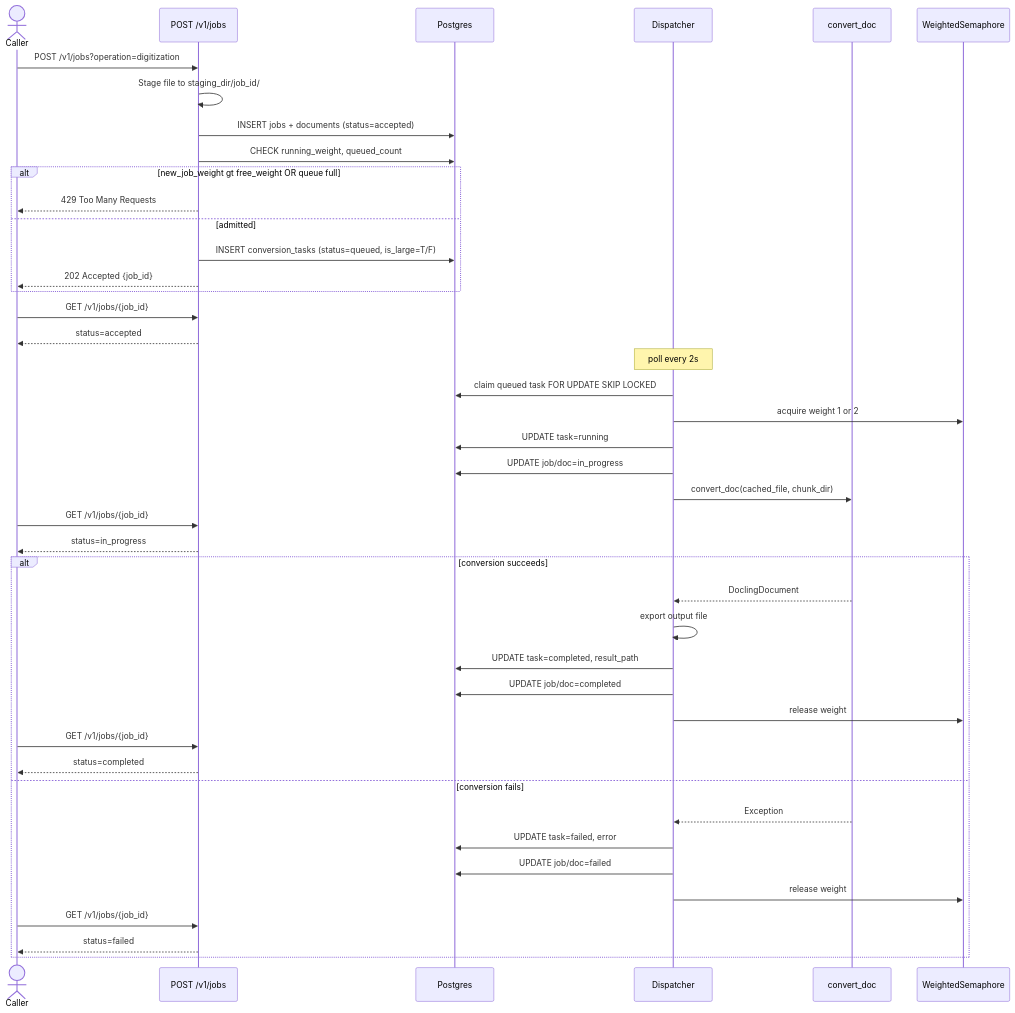
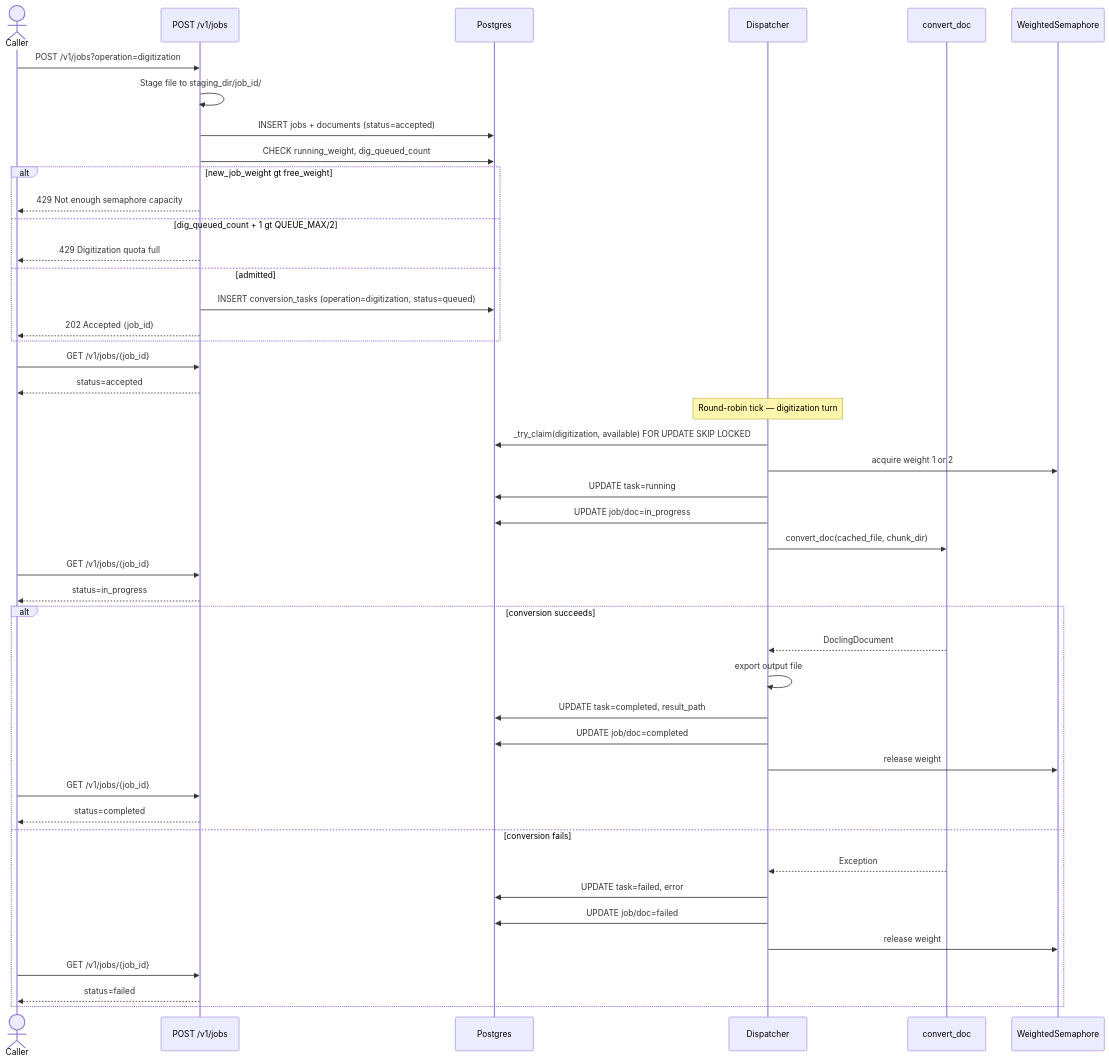
Before and after one commit to IBM/project-ai-services: the second of 6 diagrams in docs/proposals/docling_conversion_queue.md, drawn with Mermaid. The commit also changed other lines of this file, not shown here.

Commit message:
Update proposal with operation based quota logic for fair scheduling

````diff
--- a/docs/proposals/docling_conversion_queue.md
+++ b/docs/proposals/docling_conversion_queue.md
@@ -623,50 +670,52 @@
 ```mermaid
 sequenceDiagram
     actor C as Caller
     participant API as POST /v1/jobs
     participant DB as Postgres
     participant D as Dispatcher
     participant W as convert_doc
     participant S as WeightedSemaphore
 
     C->>API: POST /v1/jobs?operation=digitization
     API->>API: Stage file to staging_dir/job_id/
     API->>DB: INSERT jobs + documents (status=accepted)
-    API->>DB: CHECK running_weight, queued_count
-    alt new_job_weight gt free_weight OR queue full
-        API-->>C: 429 Too Many Requests
+    API->>DB: CHECK running_weight, dig_queued_count
+    alt new_job_weight gt free_weight
+        API-->>C: 429 Not enough semaphore capacity
+    else dig_queued_count + 1 gt QUEUE_MAX/2
+        API-->>C: 429 Digitization quota full
     else admitted
-        API->>DB: INSERT conversion_tasks (status=queued, is_large=T/F)
+        API->>DB: INSERT conversion_tasks (operation=digitization, status=queued)
         API-->>C: 202 Accepted {job_id}
     end
 
     C->>API: GET /v1/jobs/{job_id}
     API-->>C: status=accepted
 
-    Note over D: poll every 2s
-    D->>DB: claim queued task FOR UPDATE SKIP LOCKED
+    Note over D: Round-robin tick — digitization turn
+    D->>DB: _try_claim(digitization, available) FOR UPDATE SKIP LOCKED
     D->>S: acquire weight 1 or 2
     D->>DB: UPDATE task=running
     D->>DB: UPDATE job/doc=in_progress
     D->>W: convert_doc(cached_file, chunk_dir)
 
     C->>API: GET /v1/jobs/{job_id}
     API-->>C: status=in_progress
 
     alt conversion succeeds
         W-->>D: DoclingDocument
         D->>D: export output file
         D->>DB: UPDATE task=completed, result_path
         D->>DB: UPDATE job/doc=completed
         D->>S: release weight
         C->>API: GET /v1/jobs/{job_id}
         API-->>C: status=completed
     else conversion fails
         W-->>D: Exception
         D->>DB: UPDATE task=failed, error
         D->>DB: UPDATE job/doc=failed
         D->>S: release weight
         C->>API: GET /v1/jobs/{job_id}
         API-->>C: status=failed
     end
 ```
````
